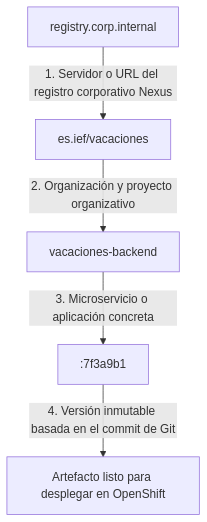
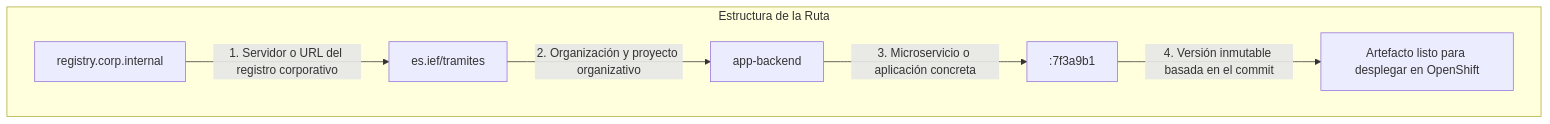
The third of 8 diagrams in docs/sesion4/4.4 Registro, gestión y seguridad de imágenes.md (ieftraining/curso-openshift), drawn with Mermaid before and after one commit. The commit also changed other lines of this file, not shown here.

````diff
--- a/docs/sesion4/4.4 Registro, gestión y seguridad de imágenes.md
+++ b/docs/sesion4/4.4 Registro, gestión y seguridad de imágenes.md
@@ -80,7 +80,9 @@
 ```mermaid
 flowchart TD
-    A[registry.corp.internal] -->|1. Servidor o URL del registro corporativo Nexus| B[es.ief/vacaciones]
-    B -->|2. Organización y proyecto organizativo| C[vacaciones-backend]
-    C -->|3. Microservicio o aplicación concreta| D[:7f3a9b1]
-    D -->|4. Versión inmutable basada en el commit de Git| E[Artefacto listo para desplegar en OpenShift]
+    subgraph Estructura de la Ruta
+        A[registry.corp.internal] -->|1. Servidor o URL del registro corporativo| B[es.ief/tramites]
+        B -->|2. Organización y proyecto organizativo| C[app-backend]
+        C -->|3. Microservicio o aplicación concreta| D[:7f3a9b1]
+        D -->|4. Versión inmutable basada en el commit| E[Artefacto listo para desplegar en OpenShift]
+    end
 ```
````
